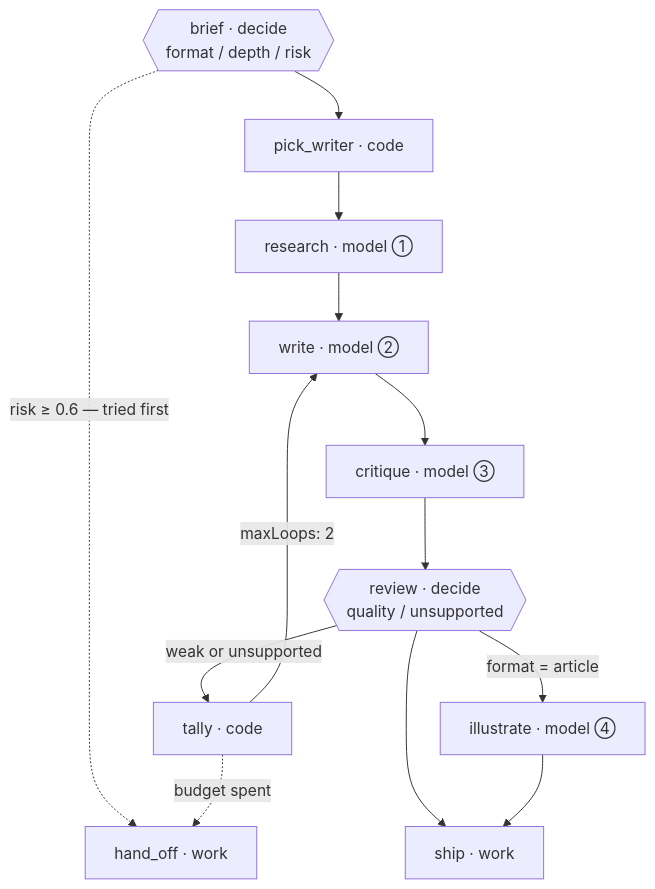
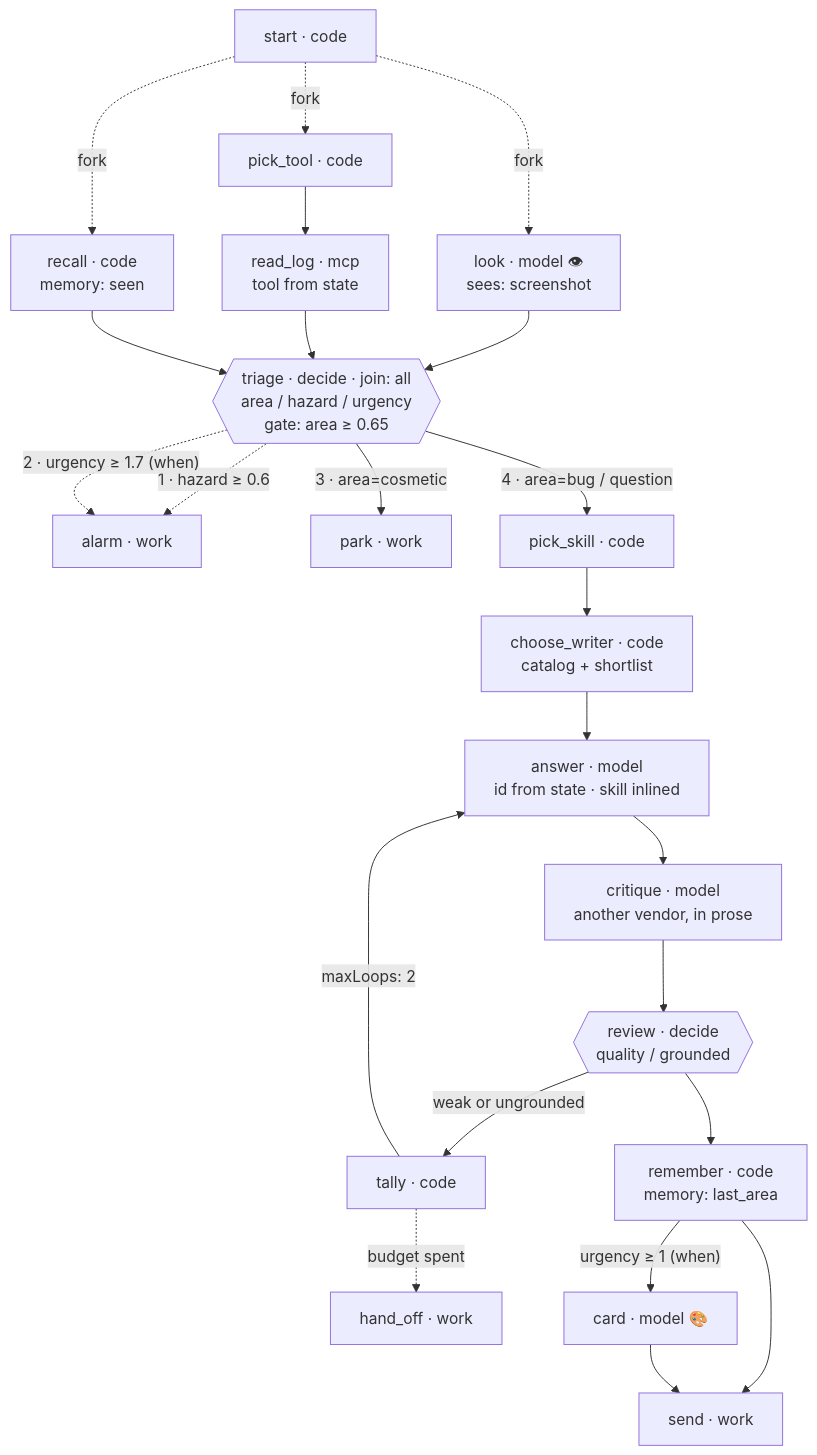
One commit to ghostmind-labo/ensemble changed the third of 3 diagrams in README.md. Above: the diagram before and after it, drawn with Mermaid. The commit also changed other lines of this file and 9 other files, not shown here.

First line of the commit message:
0.29.0: every concept in one graph, and short runs framed as first-class

````diff
--- a/README.md
+++ b/README.md
@@ -261,16 +265,26 @@
 ```mermaid
 flowchart TB
-  B{{"brief · decide<br/>format / depth / risk"}}
-  B -. "risk ≥ 0.6 — tried first" .-> H["hand_off · work"]
-  B --> P["pick_writer · code"]
-  P --> R["research · model ①"]
-  R --> W["write · model ②"]
-  W --> C["critique · model ③"]
-  C --> V{{"review · decide<br/>quality / unsupported"}}
-  V -->|"weak or unsupported"| T["tally · code"]
-  T -->|"maxLoops: 2"| W
-  T -. "budget spent" .-> H
-  V -->|"format = article"| I["illustrate · model ④"]
-  V --> S["ship · work"]
-  I --> S
+  ST["start · code"]
+  ST -. fork .-> LK["look · model 👁<br/>sees: screenshot"]
+  ST -. fork .-> PT["pick_tool · code"]
+  ST -. fork .-> RC["recall · code<br/>memory: seen"]
+  PT --> RL["read_log · mcp<br/>tool from state"]
+  LK --> TR{{"triage · decide · join: all<br/>area / hazard / urgency<br/>gate: area ≥ 0.65"}}
+  RL --> TR
+  RC --> TR
+  TR -. "1 · hazard ≥ 0.6" .-> AL["alarm · work"]
+  TR -. "2 · urgency ≥ 1.7 (when)" .-> AL
+  TR -->|"3 · area=cosmetic"| PK["park · work"]
+  TR -->|"4 · area=bug / question"| PS["pick_skill · code"]
+  PS --> CW["choose_writer · code<br/>catalog + shortlist"]
+  CW --> AN["answer · model<br/>id from state · skill inlined"]
+  AN --> CR["critique · model<br/>another vendor, in prose"]
+  CR --> RV{{"review · decide<br/>quality / grounded"}}
+  RV -->|"weak or ungrounded"| TL["tally · code"]
+  TL -->|"maxLoops: 2"| AN
+  TL -. "budget spent" .-> HO["hand_off · work"]
+  RV --> RM["remember · code<br/>memory: last_area"]
+  RM -->|"urgency ≥ 1 (when)"| CD["card · model 🎨"]
+  RM --> SN["send · work"]
+  CD --> SN
 ```
````
